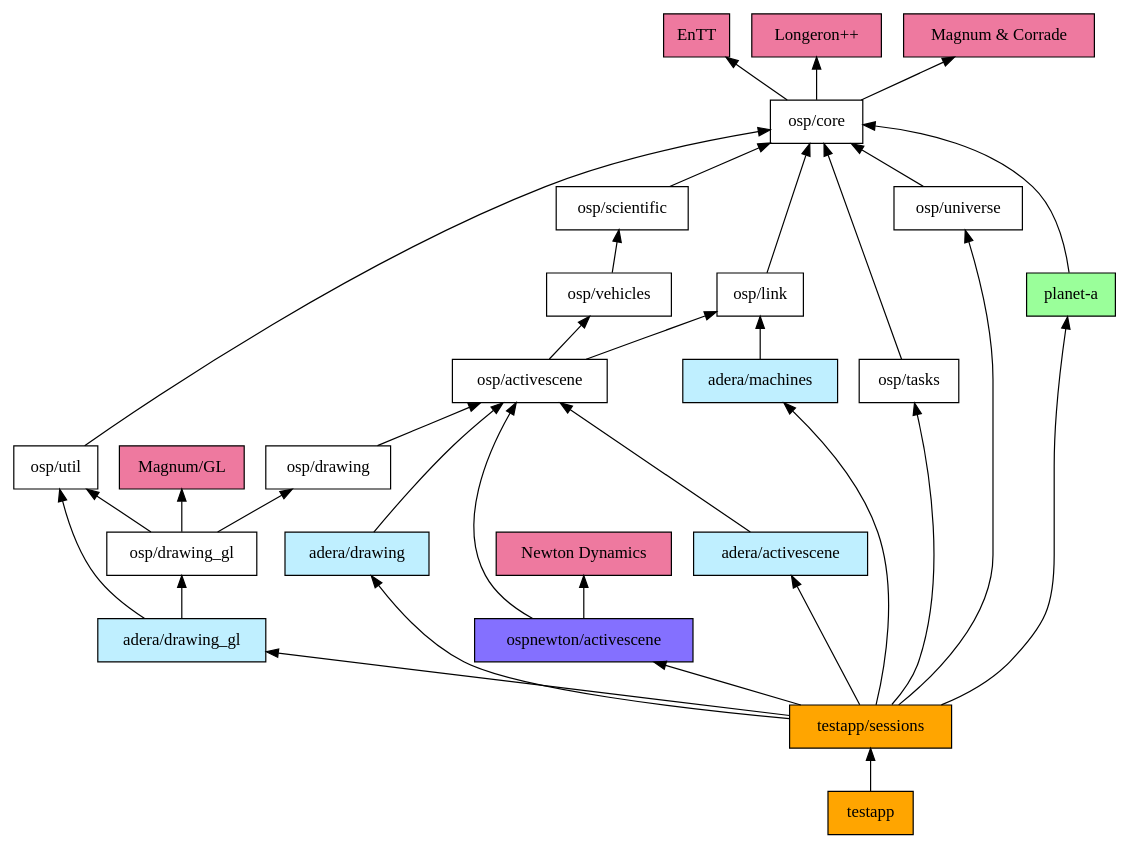
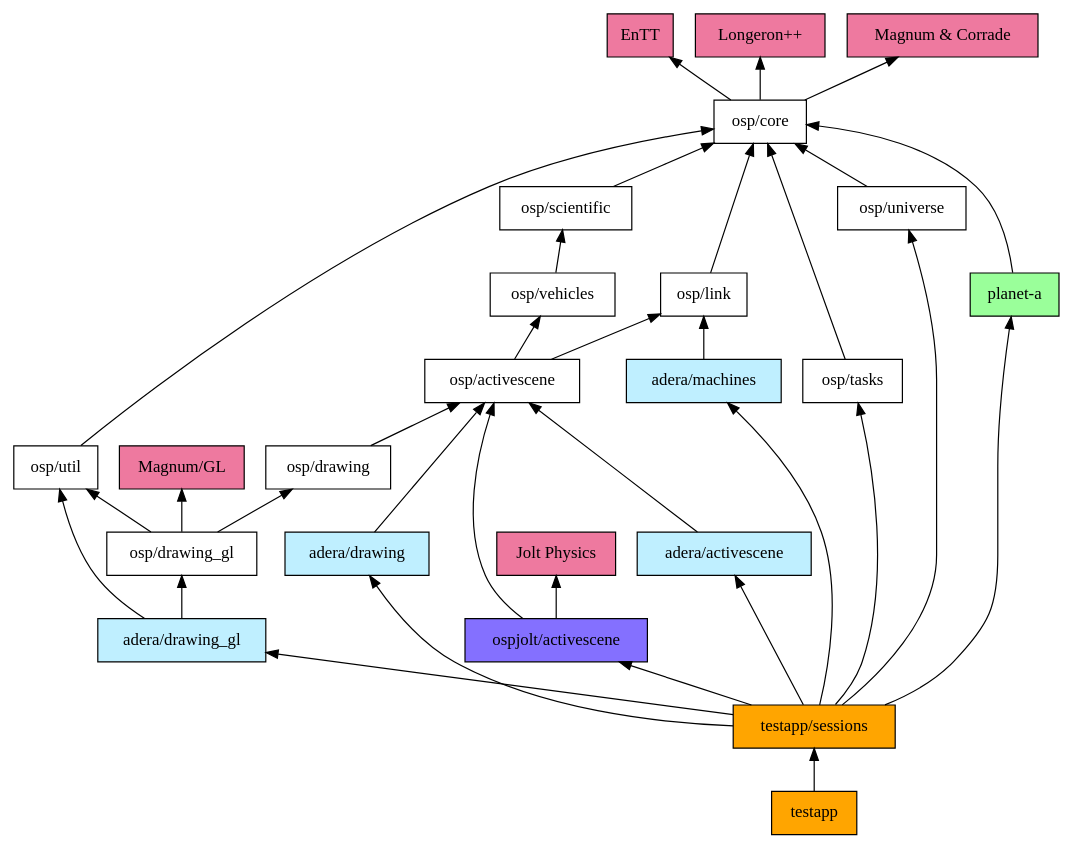
Before and after one commit to TheOpenSpaceProgram/osp-magnum: the diagram in docs/dependencygraph.dot, drawn with Graphviz. The commit also changed 15 other files, not shown here.

Commit message:
Remove newton dynamics

```diff
--- a/docs/dependencygraph.dot
+++ b/docs/dependencygraph.dot
@@ -1,58 +1,58 @@
 // Generate with
 // $ dot -Tpng docs/dependencygraph.dot -o docs/dependencygraph.png
 digraph {
 
     rankdir="BT"
 
     node [shape=rectangle, style=filled, fillcolor=palevioletred2]
     "EnTT"
     "Longeron++"
     "Magnum & Corrade"
     "Magnum/GL";
-    "Newton Dynamics";
+    "Jolt Physics";
 
     node [shape=rectangle, style=filled, fillcolor=white]
     "osp/core"          -> "Magnum & Corrade";
     "osp/core"          -> "Longeron++";
     "osp/core"          -> "EnTT";
     "osp/activescene"   -> "osp/vehicles";
     "osp/activescene"   -> "osp/link";
     "osp/drawing"       -> "osp/activescene";
     "osp/drawing_gl"    -> "osp/drawing";
     "osp/drawing_gl"    -> "osp/util";
     "osp/drawing_gl"    -> "Magnum/GL";
     "osp/link"          -> "osp/core";
     "osp/scientific"    -> "osp/core";
     "osp/tasks"         -> "osp/core";
     "osp/vehicles"      -> "osp/scientific";
     "osp/universe"      -> "osp/core";
     "osp/util"          -> "osp/core";
 
     node [shape=rectangle, style=filled, fillcolor=lightblue1]
     "adera/activescene" -> "osp/activescene";
     "adera/drawing"     -> "osp/activescene";
     "adera/drawing_gl"  -> "osp/drawing_gl";
     "adera/drawing_gl"  -> "osp/util";
     "adera/machines"    -> "osp/link";
 
     node [shape=rectangle, style=filled, fillcolor=lightslateblue]
-    "ospnewton/activescene" -> "osp/activescene";
-    "ospnewton/activescene" -> "Newton Dynamics";
+    "ospjolt/activescene" -> "osp/activescene";
+    "ospjolt/activescene" -> "Jolt Physics";
 
     node [shape=rectangle, style=filled, fillcolor=palegreen1]
     "planet-a"          -> "osp/core";
 
     node [shape=rectangle, style=filled, fillcolor=orange1]
     "testapp/sessions"  -> "osp/universe";
     "testapp/sessions"  -> "osp/tasks";
     "testapp/sessions"  -> "adera/machines";
     "testapp/sessions"  -> "adera/drawing_gl";
     "testapp/sessions"  -> "adera/drawing";
-    "testapp/sessions"  -> "ospnewton/activescene";
+    "testapp/sessions"  -> "ospjolt/activescene";
     "testapp/sessions"  -> "planet-a";
     "testapp/sessions"  -> "adera/activescene";
     "testapp"           -> "testapp/sessions";
 
 
 
 }
```
